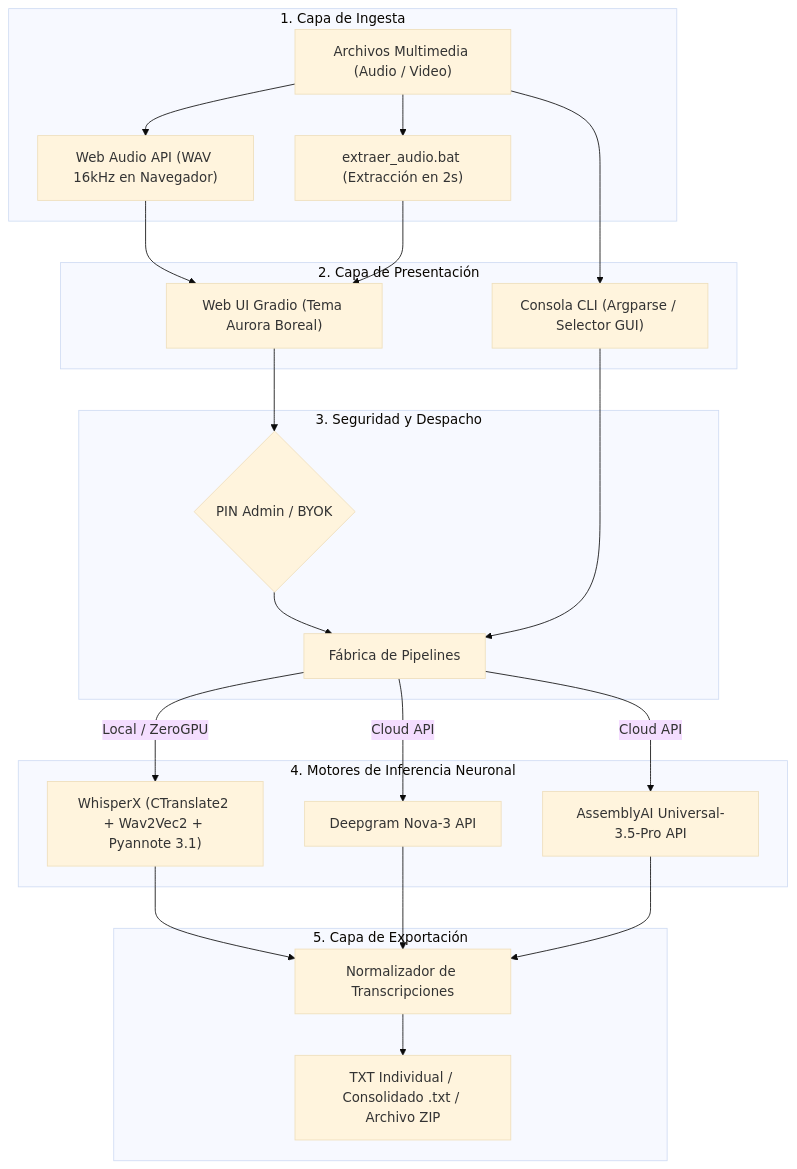
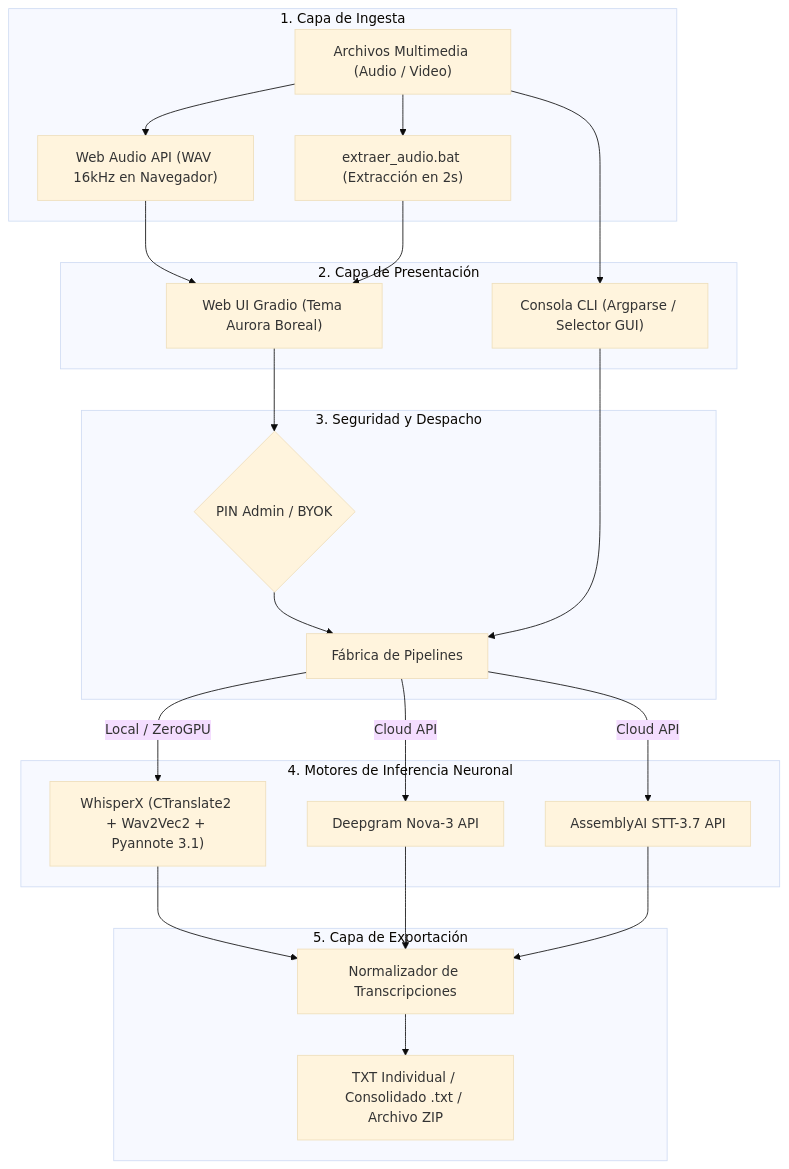
One commit to Klopezxd/transcriptor-suite changed the diagram in README.es.md. Above: the diagram before and after it, drawn with Mermaid (base theme). The commit also changed other lines of this file and 7 other files, not shown here.

Commit message:
feat(assemblyai): actualizar modelo insignia a STT-3.7 con respaldo universal-2

````diff
--- a/README.es.md
+++ b/README.es.md
@@ -93,43 +93,43 @@
 ```mermaid
 flowchart TD
     subgraph Entrada ["1. Capa de Ingesta"]
         Media["Archivos Multimedia (Audio / Video)"]
         Bat["extraer_audio.bat (Extracción en 2s)"]
         WebOpt["Web Audio API (WAV 16kHz en Navegador)"]
         Media --> Bat
         Media --> WebOpt
     end
 
     subgraph Interfaz ["2. Capa de Presentación"]
         WebUI["Web UI Gradio (Tema Aurora Boreal)"]
         CLI["Consola CLI (Argparse / Selector GUI)"]
         WebOpt --> WebUI
         Bat --> WebUI
         Media --> CLI
     end
 
     subgraph Control ["3. Seguridad y Despacho"]
         AuthGuard{"PIN Admin / BYOK"}
         Factory["Fábrica de Pipelines"]
         WebUI --> AuthGuard --> Factory
         CLI --> Factory
     end
 
     subgraph Motores ["4. Motores de Inferencia Neuronal"]
         WX["WhisperX (CTranslate2 + Wav2Vec2 + Pyannote 3.1)"]
         DG["Deepgram Nova-3 API"]
-        AA["AssemblyAI Universal-3.5-Pro API"]
+        AA["AssemblyAI STT-3.7 API"]
         Factory -->|"Local / ZeroGPU"| WX
         Factory -->|"Cloud API"| DG
         Factory -->|"Cloud API"| AA
     end
 
     subgraph Salida ["5. Capa de Exportación"]
         Normalizer["Normalizador de Transcripciones"]
         Files["TXT Individual / Consolidado .txt / Archivo ZIP"]
         WX --> Normalizer
         DG --> Normalizer
         AA --> Normalizer
         Normalizer --> Files
     end
 ```
````
